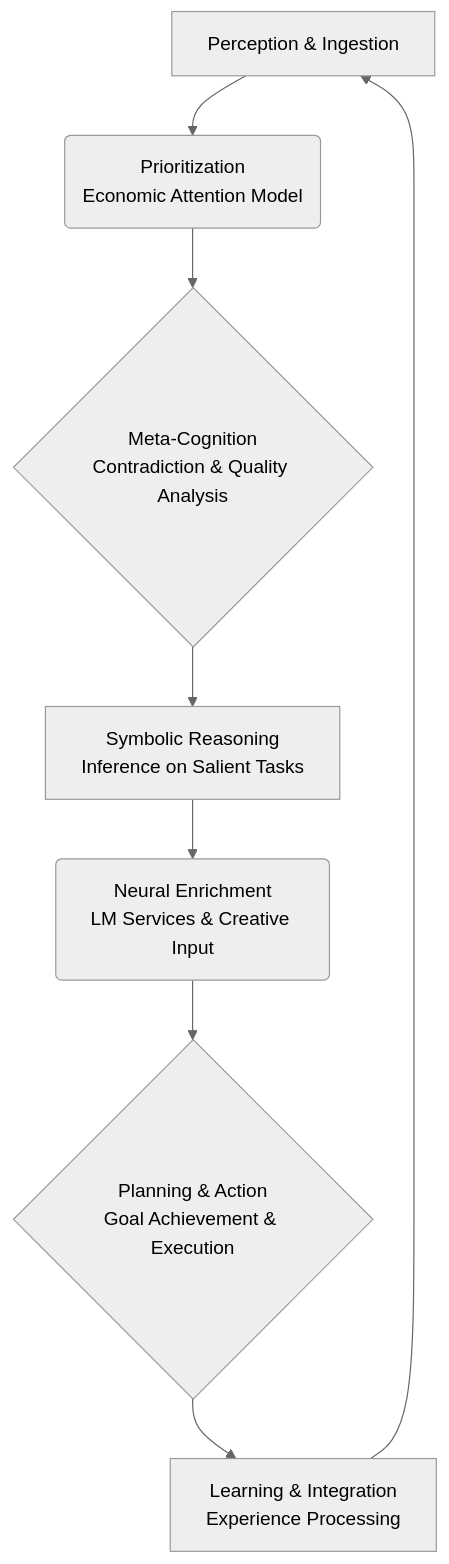
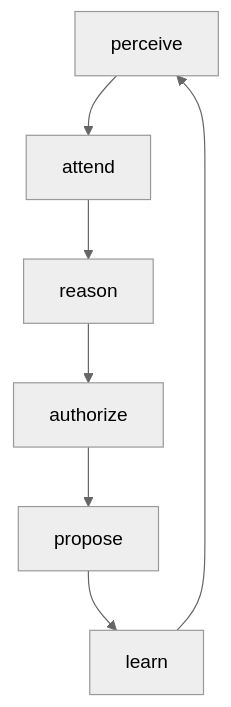
The second of 6 diagrams in docs/tech/deep-dive.md (autonull/senars12), drawn with Mermaid (neutral theme) before and after one commit. The commit also changed other lines of this file and 79 other files, not shown here.

````diff
--- a/docs/tech/deep-dive.md
+++ b/docs/tech/deep-dive.md
@@ -122,10 +117,9 @@
 ```mermaid
 flowchart TD
-    A[Perception & Ingestion] --> B(Prioritization<br/>Economic Attention Model)
-    B --> C{Meta-Cognition<br/>Contradiction & Quality Analysis}
-    C --> D[Symbolic Reasoning<br/>Inference on Salient Tasks]
-    D --> E(Neural Enrichment<br/>LM Services & Creative Input)
-    E --> F{Planning & Action<br/>Goal Achievement & Execution}
-    F --> G[Learning & Integration<br/>Experience Processing]
-    G --> A
+    A[perceive] --> B[attend]
+    B --> C[reason]
+    C --> D[authorize]
+    D --> E[propose]
+    E --> F[learn]
+    F --> A
 ```
````
